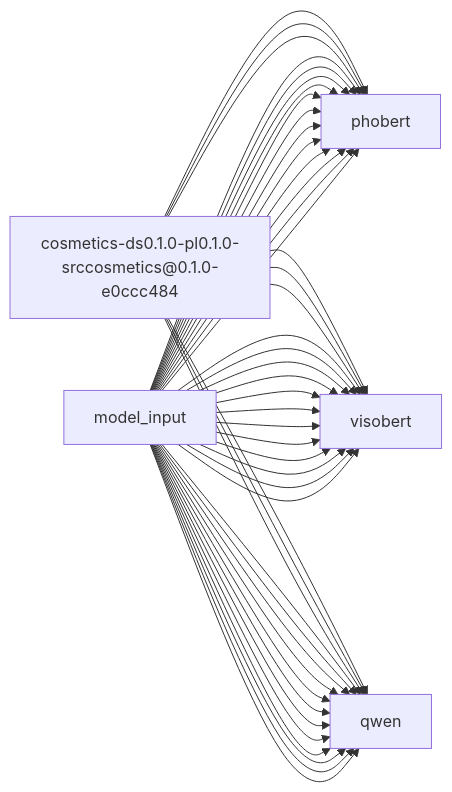
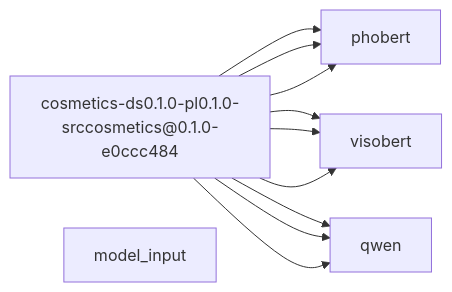
One commit to TrieuKhac-dev/SentimentX changed the diagram in data/reports/model_input/model_input.md. Above: the diagram before and after it, drawn with Mermaid. The commit also changed 5 other files, not shown here.

````diff
--- a/data/reports/model_input/model_input.md
+++ b/data/reports/model_input/model_input.md
@@ -3,53 +3,17 @@
 ```mermaid
 graph LR
   n1["cosmetics-ds0.1.0-pl0.1.0-srccosmetics@0.1.0-e0ccc484"]
   n2["phobert"]
   n3["visobert"]
   n4["qwen"]
   n5["model_input"]
   n1 --> n2
   n1 --> n2
   n1 --> n2
   n1 --> n3
   n1 --> n3
   n1 --> n3
   n1 --> n4
   n1 --> n4
   n1 --> n4
-  n5 --> n2
-  n5 --> n2
-  n5 --> n2
-  n5 --> n3
-  n5 --> n3
-  n5 --> n3
-  n5 --> n4
-  n5 --> n4
-  n5 --> n4
-  n5 --> n2
-  n5 --> n2
-  n5 --> n2
-  n5 --> n3
-  n5 --> n3
-  n5 --> n3
-  n5 --> n4
-  n5 --> n4
-  n5 --> n4
-  n5 --> n2
-  n5 --> n2
-  n5 --> n2
-  n5 --> n3
-  n5 --> n3
-  n5 --> n3
-  n5 --> n4
-  n5 --> n4
-  n5 --> n4
-  n5 --> n2
-  n5 --> n2
-  n5 --> n2
-  n5 --> n3
-  n5 --> n3
-  n5 --> n3
-  n5 --> n4
-  n5 --> n4
-  n5 --> n4
 ```
````
